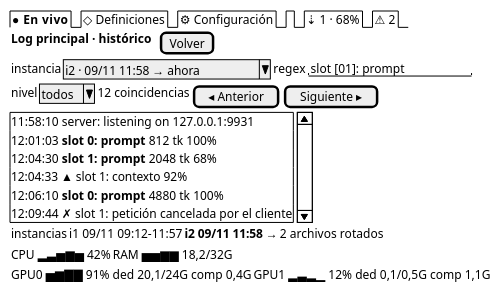
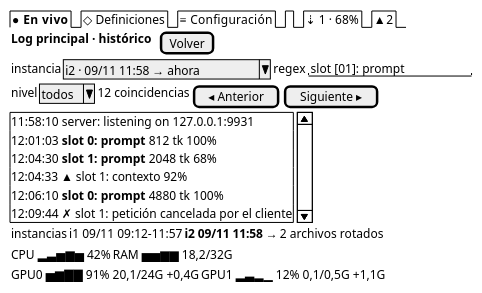
One commit to mstranich/coquena changed the diagram in docs/propuestas/tui-rediseno/I-log-historico.salt.puml. Above: the diagram before and after it, drawn with PlantUML. The commit also changed 44 other files, not shown here.

```diff
--- a/docs/propuestas/tui-rediseno/I-log-historico.salt.puml
+++ b/docs/propuestas/tui-rediseno/I-log-historico.salt.puml
@@ -1,19 +1,19 @@
 @startsalt
 {
-  {/ <b>● En vivo | ◇ Definiciones | ⚙ Configuración | . | ⇣ 1 · 68% | ⚠ 2 }
+  {/ <b>● En vivo | ◇ Definiciones | ≡ Configuración | . | ⇣ 1 · 68% | ▲ 2 }
   { <b>Log principal · histórico | . | [Volver] }
   { instancia | ^i2 · 09/11 11:58 → ahora^ | regex | "slot [01]: prompt   " }
   { nivel | ^todos^ | 12 coincidencias | [◂ Anterior] | [Siguiente ▸] }
   {SI
     11:58:10 server: listening on 127.0.0.1:9931
     12:01:03 <b>slot 0: prompt</b> 812 tk 100%
     12:04:30 <b>slot 1: prompt</b> 2048 tk 68%
     12:04:33 ▲ slot 1: contexto 92%
     12:06:10 <b>slot 0: prompt</b> 4880 tk 100%
     12:09:44 ✗ slot 1: petición cancelada por el cliente
   }
   { instancias | i1 09/11 09:12–11:57 | <b>i2 09/11 11:58 → | 2 archivos rotados }
   { CPU ▂▃▅▆▅ 42% | RAM ▅▅▆▆ 18,2/32G }
-  { GPU0 ▅▆▇▇ 91% ded 20,1/24G comp 0,4G | GPU1 ▂▃▂▁ 12% ded 0,1/0,5G comp 1,1G }
+  { GPU0 ▅▆▇▇ 91% 20,1/24G +0,4G | GPU1 ▂▃▂▁ 12% 0,1/0,5G +1,1G }
 }
 @endsalt
```
